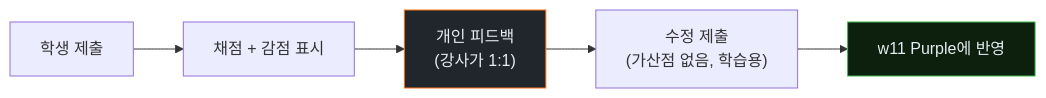
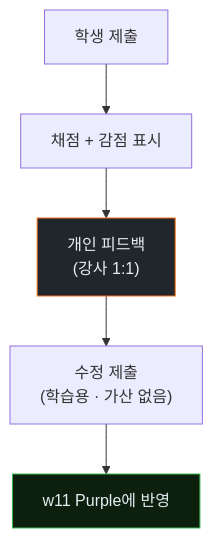
Before and after one commit to mrgrit/ccc: the fifth of 5 diagrams in contents/education/course19-agent-incident-response/week08/lecture.md, drawn with Mermaid. The commit also changed other lines of this file and 5 other files, not shown here.

First line of the commit message:
docs(course19): w9 상세화 + 기존 LR 다이어그램을 TB로 전환

````diff
--- a/contents/education/course19-agent-incident-response/week08/lecture.md
+++ b/contents/education/course19-agent-incident-response/week08/lecture.md
@@ -356,11 +358,11 @@
 ```mermaid
-flowchart LR
+flowchart TB
     S["학생 제출"]
     G["채점 + 감점 표시"]
-    F["개인 피드백<br/>(강사가 1:1)"]
-    U["수정 제출<br/>(가산점 없음, 학습용)"]
+    F["개인 피드백<br/>(강사 1:1)"]
+    U["수정 제출<br/>(학습용 · 가산 없음)"]
     P["w11 Purple에 반영"]
     S --> G --> F --> U --> P
     style F fill:#21262d,stroke:#f97316,color:#e6edf3
     style P fill:#0d1f0d,stroke:#3fb950,color:#e6edf3
 ```
````
